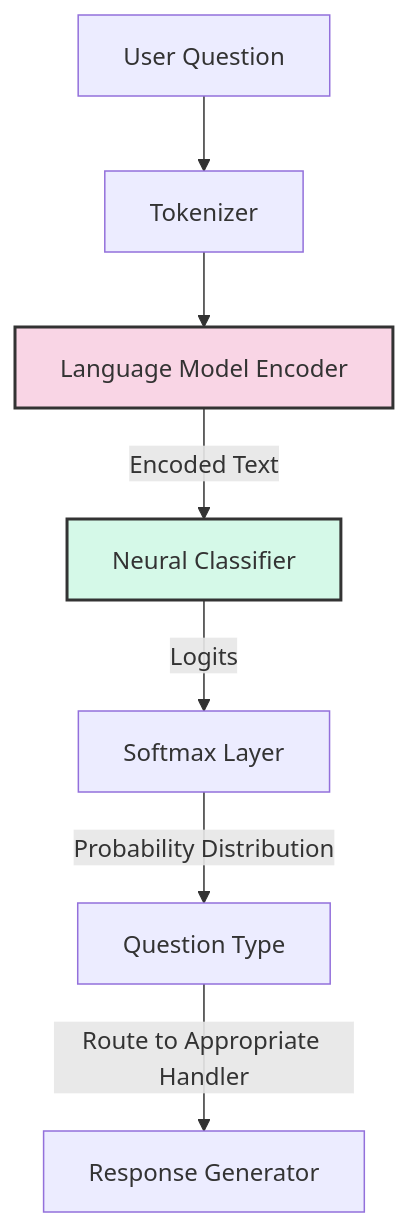
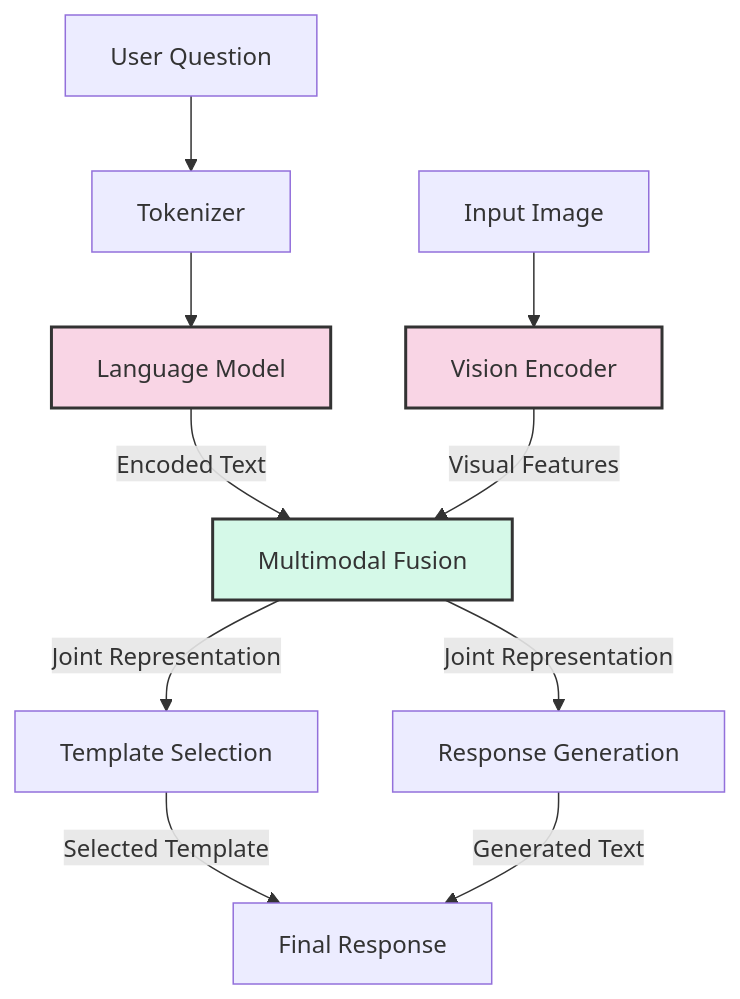
Before and after one commit to tmnestor/InternVL_V2: the third of 4 diagrams in README.md, drawn with Mermaid. The commit also changed other lines of this file and 57 other files, not shown here.

````diff
--- a/README.md
+++ b/README.md
@@ -82,12 +83,19 @@
 ```mermaid
 flowchart TD
     Input[User Question] --> Tokenizer[Tokenizer]
-    Tokenizer --> BERT[Language Model Encoder]
-    BERT --> |Encoded Text| Classifier[Neural Classifier]
-    Classifier --> |Logits| SoftMax[Softmax Layer]
-    SoftMax --> |Probability Distribution| Class[Question Type]
-    Class --> |Route to Appropriate Handler| Handler[Response Generator]
+    Tokenizer --> LLM[Language Model]
+    LLM --> |Encoded Text| ModalFusion[Multimodal Fusion]
     
-    style BERT fill:#f9d5e5,stroke:#333,stroke-width:2px
-    style Classifier fill:#d5f9e8,stroke:#333,stroke-width:2px
+    Image[Input Image] --> VisionModel[Vision Encoder]
+    VisionModel --> |Visual Features| ModalFusion
+    
+    ModalFusion --> |Joint Representation| TemplateSelect[Template Selection]
+    ModalFusion --> |Joint Representation| ResponseGen[Response Generation]
+    
+    TemplateSelect --> |Selected Template| FinalResponse[Final Response]
+    ResponseGen --> |Generated Text| FinalResponse
+    
+    style LLM fill:#f9d5e5,stroke:#333,stroke-width:2px
+    style VisionModel fill:#f9d5e5,stroke:#333,stroke-width:2px
+    style ModalFusion fill:#d5f9e8,stroke:#333,stroke-width:2px
 ```
````
